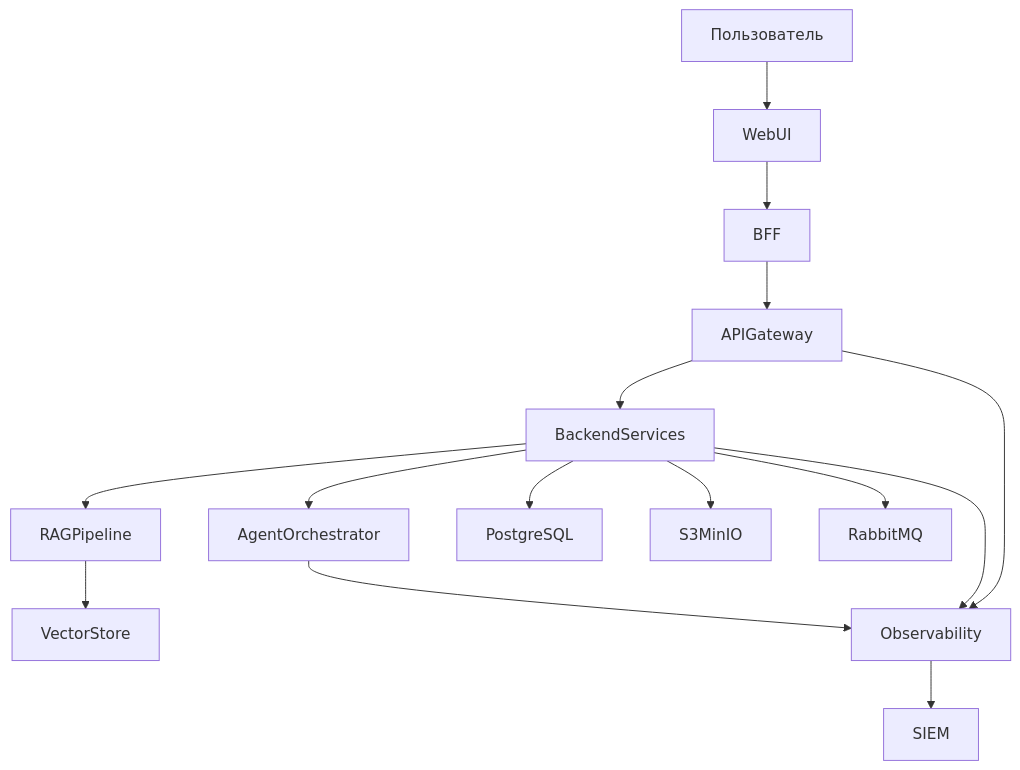
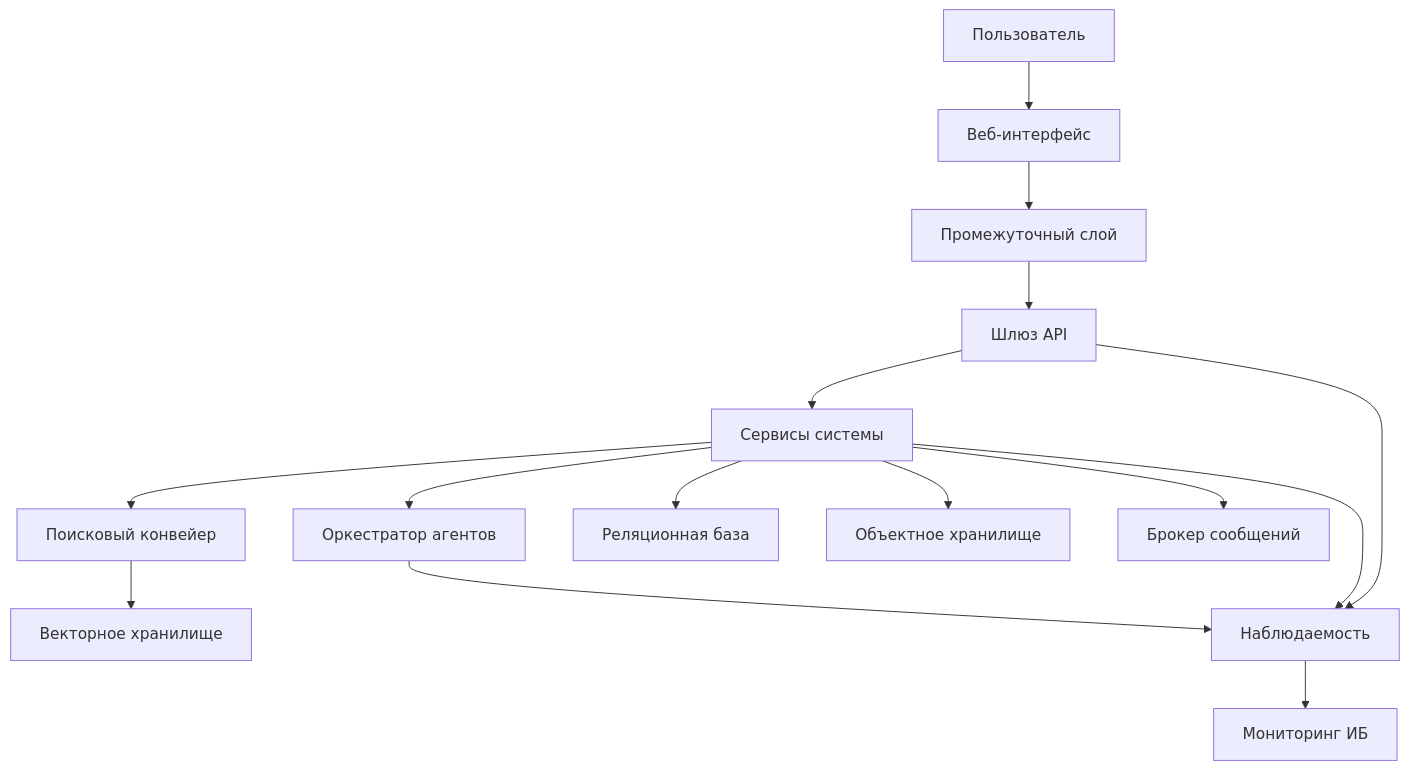
Before and after one commit to Trump68/infra: the first of 5 diagrams in TZ/3.Описание архитектуры и технических средств.md, drawn with Mermaid. The commit also changed other lines of this file, not shown here.

First line of the commit message:
docs: update Фармадок architecture documentation with new diagrams and terminology enhancements

````diff
--- a/TZ/3.Описание архитектуры и технических средств.md
+++ b/TZ/3.Описание архитектуры и технических средств.md
@@ -124,17 +124,17 @@
 ```mermaid
 flowchart TD
-  User["Пользователь"] --> Ui["WebUI"]
-  Ui --> Bff["BFF"]
-  Bff --> Gateway["APIGateway"]
-  Gateway --> Backend["BackendServices"]
-  Backend --> Rag["RAGPipeline"]
-  Backend --> AgentOrch["AgentOrchestrator"]
-  Rag --> VecStore["VectorStore"]
-  Backend --> PgStore["PostgreSQL"]
-  Backend --> ObjStore["S3MinIO"]
-  Backend --> Broker["RabbitMQ"]
-  Gateway --> Obs["Observability"]
+  User["Пользователь"] --> Ui["Веб-интерфейс"]
+  Ui --> Bff["Промежуточный слой"]
+  Bff --> Gateway["Шлюз API"]
+  Gateway --> Backend["Сервисы системы"]
+  Backend --> Rag["Поисковый конвейер"]
+  Backend --> AgentOrch["Оркестратор агентов"]
+  Rag --> VecStore["Векторное хранилище"]
+  Backend --> PgStore["Реляционная база"]
+  Backend --> ObjStore["Объектное хранилище"]
+  Backend --> Broker["Брокер сообщений"]
+  Gateway --> Obs["Наблюдаемость"]
   Backend --> Obs
   AgentOrch --> Obs
-  Obs --> Siem["SIEM"]
+  Obs --> Siem["Мониторинг ИБ"]
 ```
````
